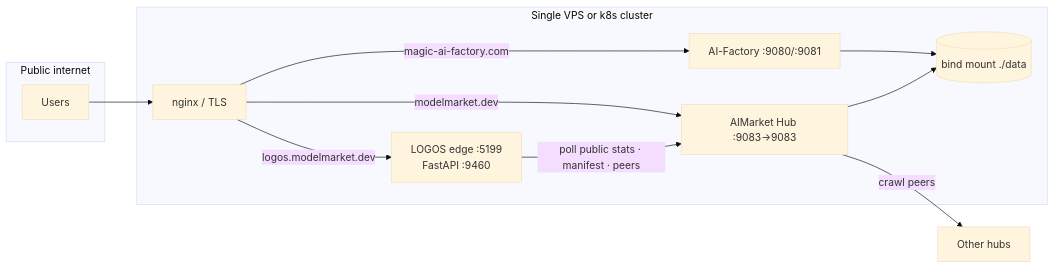
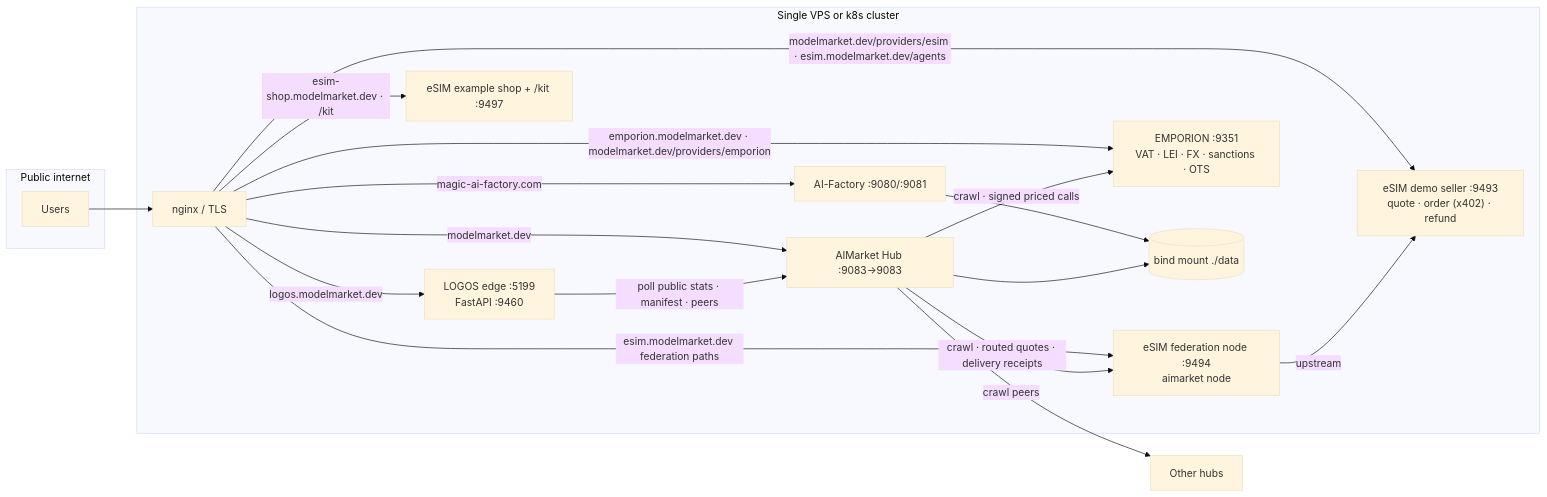
The third of 6 diagrams in docs/ecosystem-architecture.md (alexar76/aicom), drawn with Mermaid (base theme) before and after one commit. The commit also changed other lines of this file and 496 other files, not shown here.

````diff
--- a/docs/ecosystem-architecture.md
+++ b/docs/ecosystem-architecture.md
@@ -177,23 +186,34 @@
 ```mermaid
 flowchart LR
   subgraph internet["Public internet"]
     U["Users"]
   end
 
   subgraph host["Single VPS or k8s cluster"]
     NGINX["nginx / TLS"]
     FAC["AI-Factory :9080/:9081"]
     HUB["AIMarket Hub :9083→9083"]
     LOGOS["LOGOS edge :5199<br/>FastAPI :9460"]
+    ESIMN["eSIM demo seller :9493<br/>quote · order (x402) · refund"]
+    ESIMF["eSIM federation node :9494<br/>aimarket node"]
+    ESIMS["eSIM example shop + /kit :9497"]
+    EMP["EMPORION :9351<br/>VAT · LEI · FX · sanctions · OTS"]
     DATA[("bind mount ./data")]
   end
 
   U --> NGINX
   NGINX -->|"magic-ai-factory.com"| FAC
   NGINX -->|"modelmarket.dev"| HUB
   NGINX -->|"logos.modelmarket.dev"| LOGOS
+  NGINX -->|"modelmarket.dev/providers/esim · esim.modelmarket.dev/agents"| ESIMN
+  NGINX -->|"esim.modelmarket.dev federation paths"| ESIMF
+  NGINX -->|"esim-shop.modelmarket.dev · /kit"| ESIMS
+  NGINX -->|"emporion.modelmarket.dev · modelmarket.dev/providers/emporion"| EMP
+  ESIMF -->|"upstream"| ESIMN
   FAC --> DATA
   HUB --> DATA
   HUB -->|"crawl peers"| PEERS["Other hubs"]
   LOGOS -->|"poll public stats · manifest · peers"| HUB
+  HUB -->|"crawl · routed quotes · delivery receipts"| ESIMF
+  HUB -->|"crawl · signed priced calls"| EMP
 ```
````
